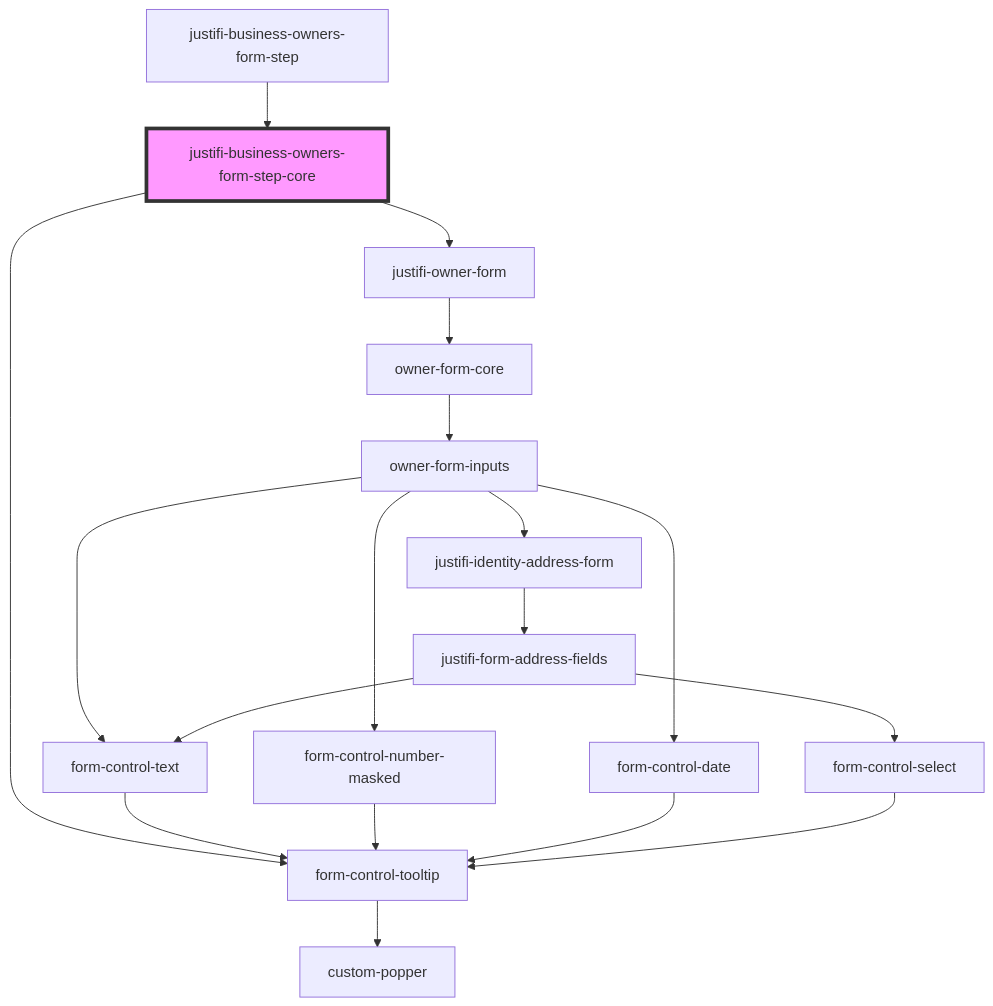
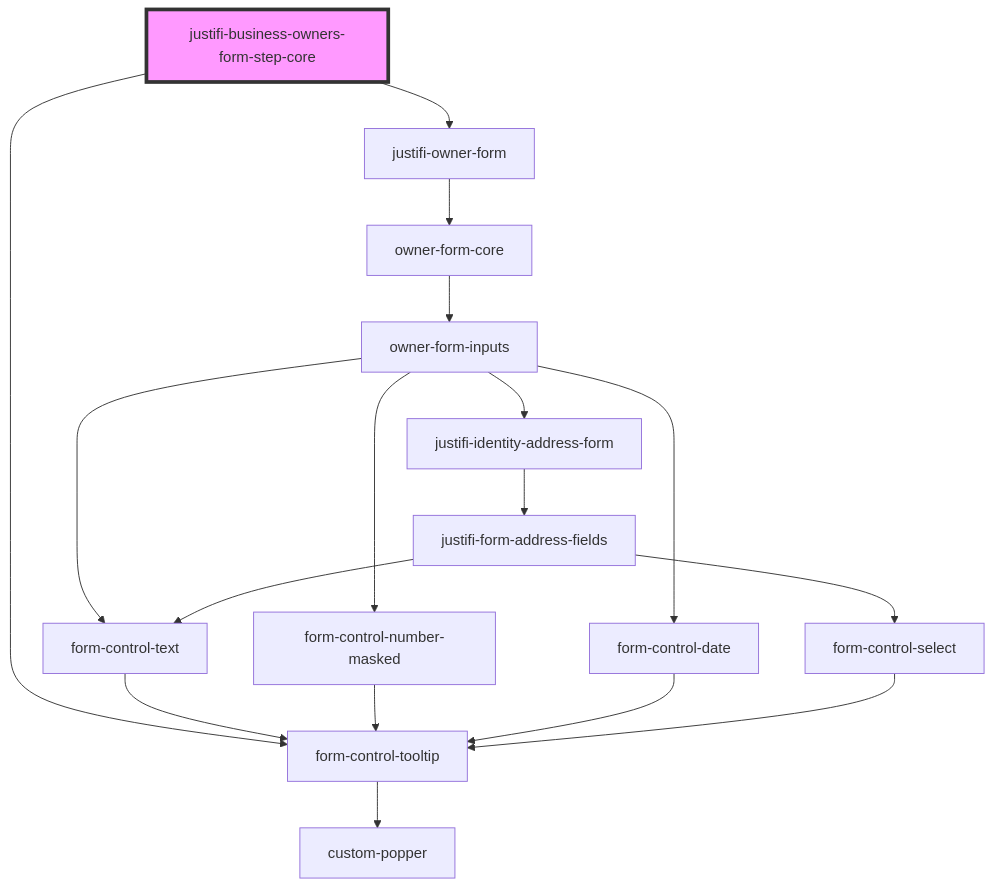
One commit to justifi-tech/web-component-library changed the diagram in packages/webcomponents/src/components/business-forms/payment-provisioning/business-owners/readme.md. Above: the diagram before and after it, drawn with Mermaid. The commit also changed other lines of this file and 7 other files, not shown here.

Commit message:
Remove business owners core component

````diff
--- a/packages/webcomponents/src/components/business-forms/payment-provisioning/business-owners/readme.md
+++ b/packages/webcomponents/src/components/business-forms/payment-provisioning/business-owners/readme.md
@@ -61,21 +57,20 @@
 ```mermaid
 graph TD;
   justifi-business-owners-form-step-core --> form-control-tooltip
   justifi-business-owners-form-step-core --> justifi-owner-form
   form-control-tooltip --> custom-popper
   justifi-owner-form --> owner-form-core
   owner-form-core --> owner-form-inputs
   owner-form-inputs --> form-control-text
   owner-form-inputs --> form-control-number-masked
   owner-form-inputs --> form-control-date
   owner-form-inputs --> justifi-identity-address-form
   form-control-text --> form-control-tooltip
   form-control-number-masked --> form-control-tooltip
   form-control-date --> form-control-tooltip
   justifi-identity-address-form --> justifi-form-address-fields
   justifi-form-address-fields --> form-control-text
   justifi-form-address-fields --> form-control-select
   form-control-select --> form-control-tooltip
-  justifi-business-owners-form-step --> justifi-business-owners-form-step-core
   style justifi-business-owners-form-step-core fill:#f9f,stroke:#333,stroke-width:4px
 ```
````
